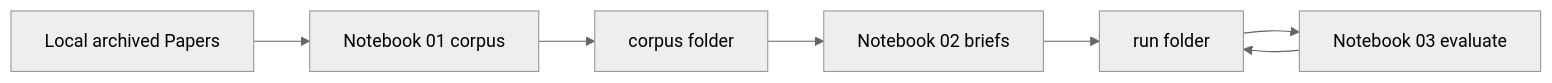
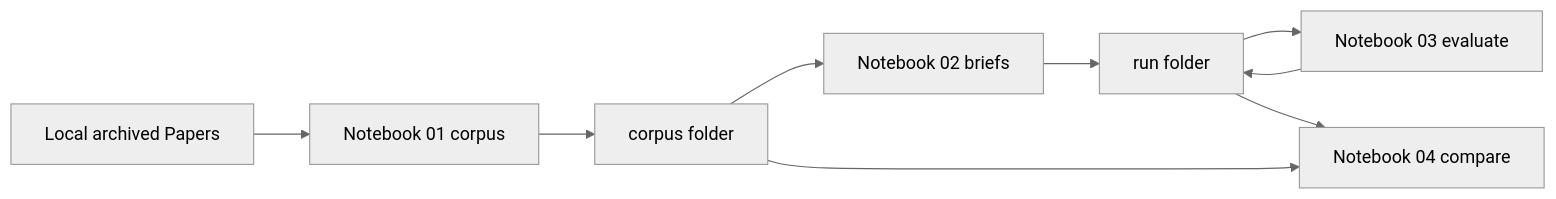
One commit to GustavoRusso/paper-reviewer changed the diagram in docs/specs/paper-brief-evaluation-offline.md. Above: the diagram before and after it, drawn with Mermaid (neutral theme). The commit also changed other lines of this file and 5 other files, not shown here.

Commit message:
added a notebook to compare already run offline evaluations of brief generation

````diff
--- a/docs/specs/paper-brief-evaluation-offline.md
+++ b/docs/specs/paper-brief-evaluation-offline.md
@@ -59,15 +59,18 @@
 ```mermaid
 flowchart LR
   localDb[Local archived Papers]
   corpusNb[Notebook 01 corpus]
   briefNb[Notebook 02 briefs]
   evalNb[Notebook 03 evaluate]
+  compareNb[Notebook 04 compare]
   corpusDir[corpus folder]
   runDir[run folder]
   localDb --> corpusNb
   corpusNb --> corpusDir
   corpusDir --> briefNb
   briefNb --> runDir
   runDir --> evalNb
   evalNb --> runDir
+  runDir --> compareNb
+  corpusDir --> compareNb
 ```
````
